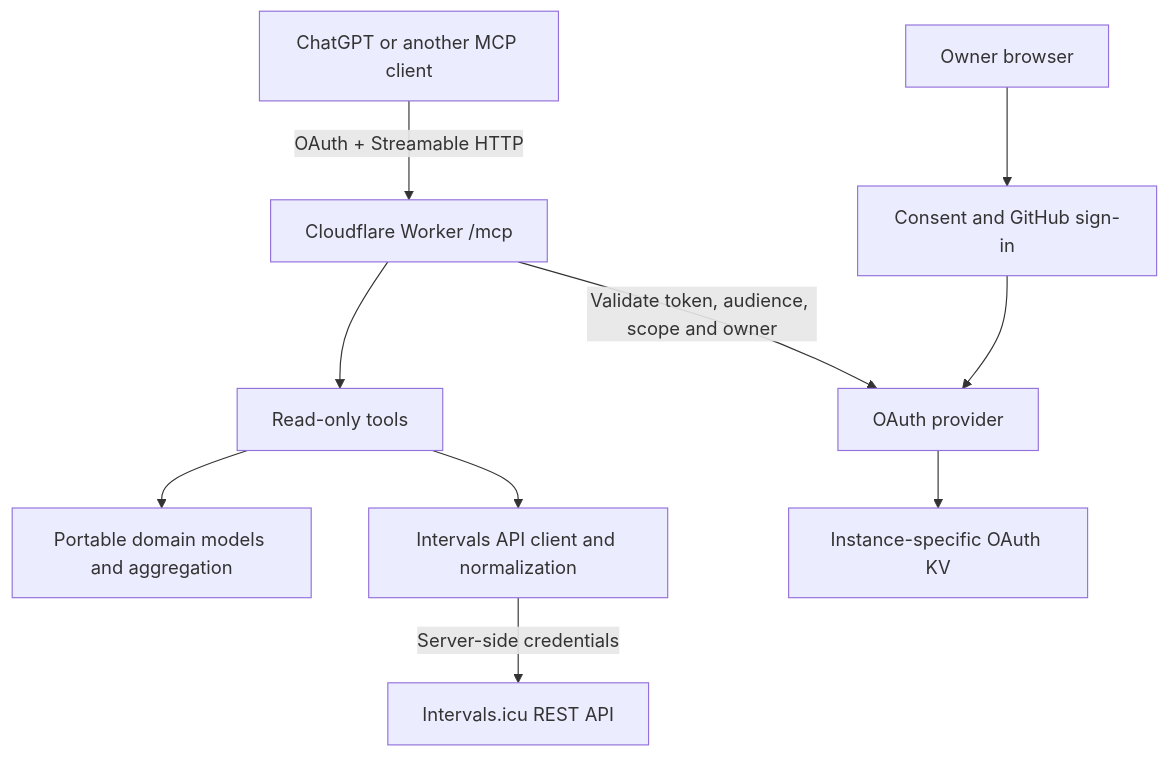
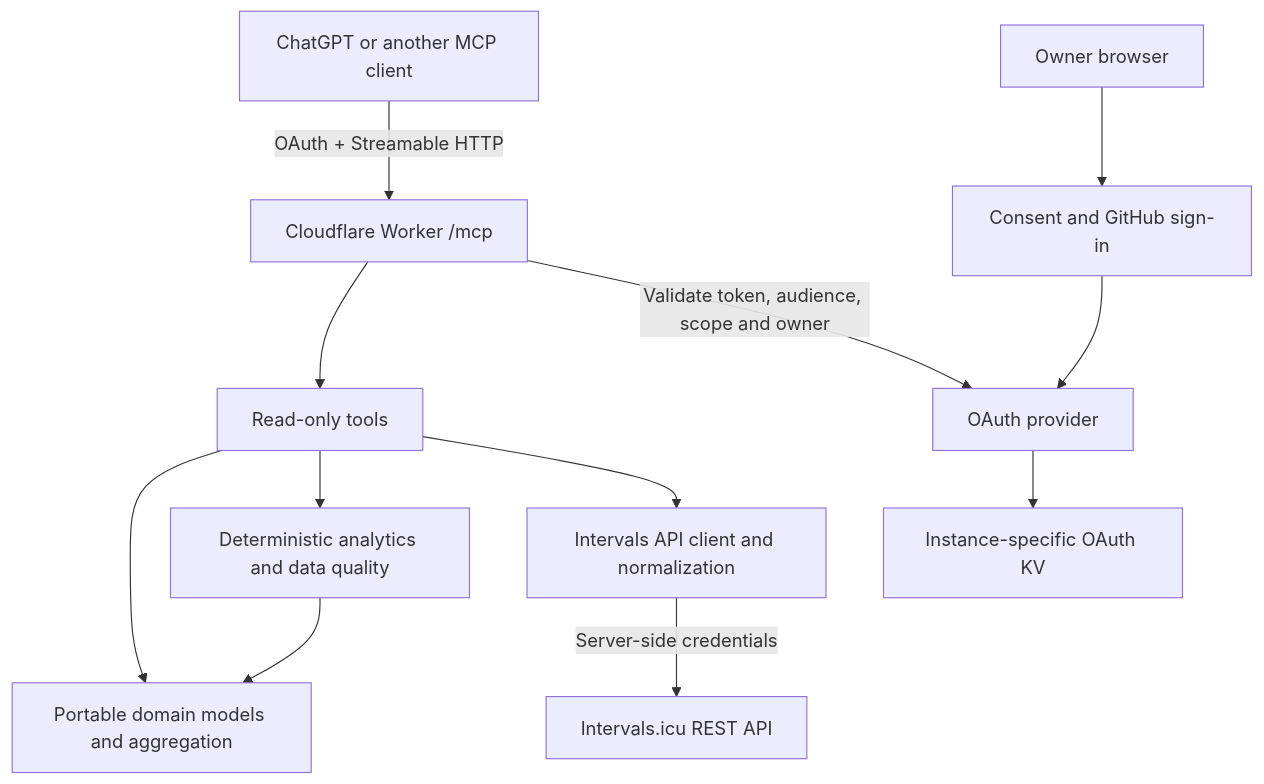
The diagram in README.md (rbernanda/intervals-icu-mcp), drawn with Mermaid before and after one commit. The commit also changed other lines of this file and 42 other files, not shown here.

Commit message:
feat: add deterministic endurance analytics foundation

````diff
--- a/README.md
+++ b/README.md
@@ -11,12 +11,14 @@
 ```mermaid
 flowchart TD
     Client[ChatGPT or another MCP client] -->|OAuth + Streamable HTTP| Worker[Cloudflare Worker /mcp]
     Worker --> Tools[Read-only tools]
     Tools --> Domain[Portable domain models and aggregation]
+    Tools --> Analytics[Deterministic analytics and data quality]
+    Analytics --> Domain
     Tools --> API[Intervals API client and normalization]
     API -->|Server-side credentials| Intervals[Intervals.icu REST API]
     Browser[Owner browser] --> Consent[Consent and GitHub sign-in]
     Consent --> OAuth[OAuth provider]
     OAuth --> KV[Instance-specific OAuth KV]
     Worker -->|Validate token, audience, scope and owner| OAuth
 ```
````
